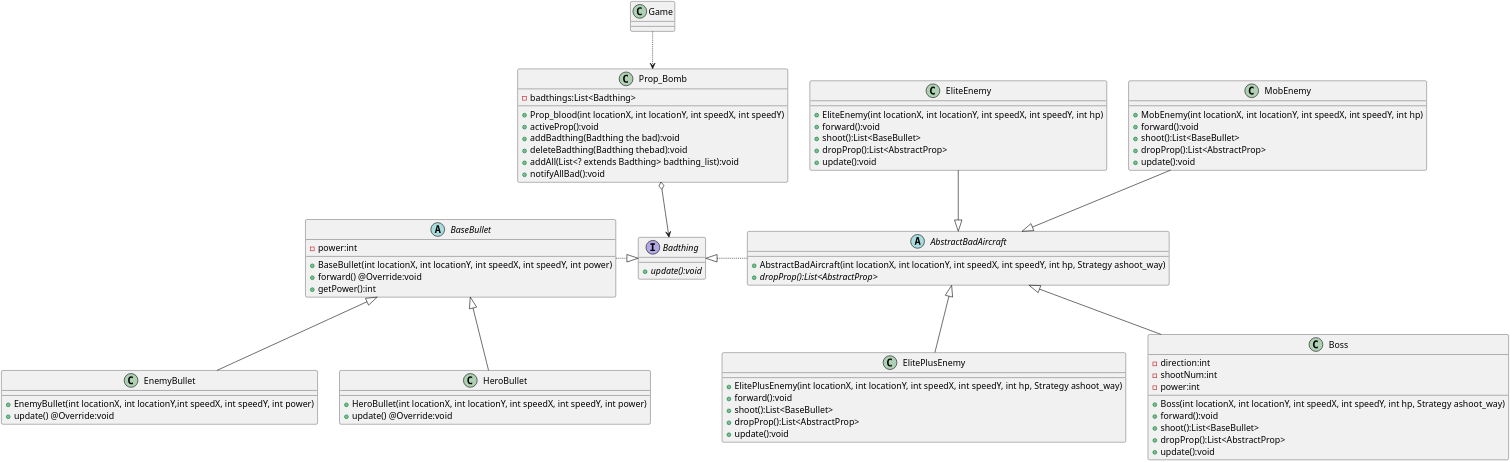
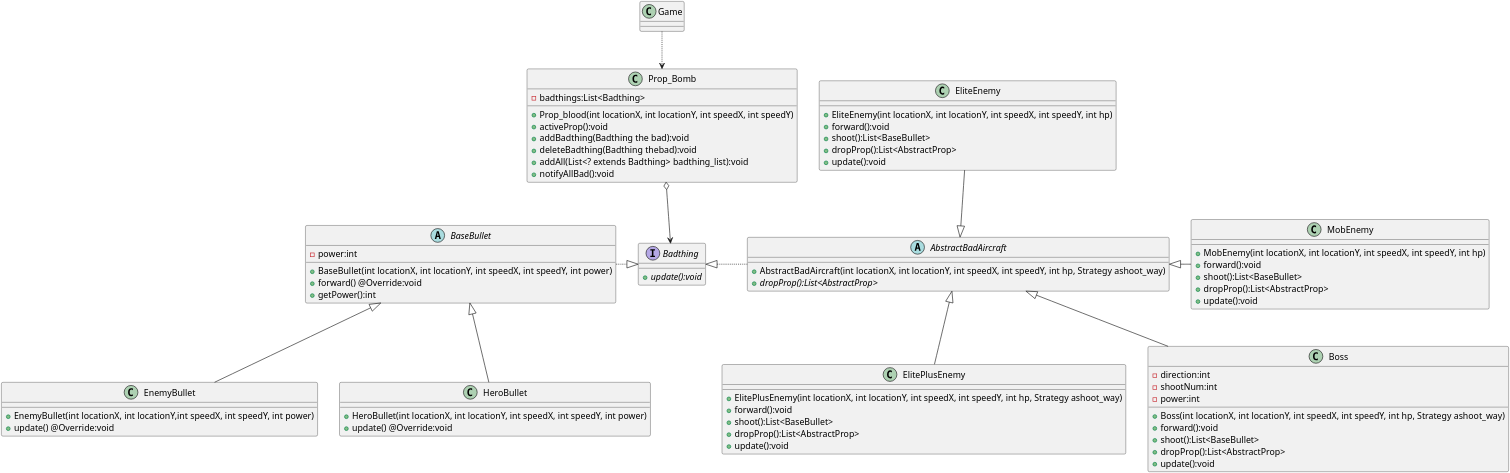
Before and after one commit to HanFayeDD/AirWar: the diagram in uml/exp6观察者模式/Observers.pu, drawn with PlantUML. The commit also changed 7 other files, not shown here.

```diff
--- a/uml/exp6观察者模式/Observers.pu
+++ b/uml/exp6观察者模式/Observers.pu
@@ -1,97 +1,97 @@
 @startuml 观察者模式
 skinparam dpi 400
 interface Badthing{
     + {abstract} update():void 
 }
 
 abstract BaseBullet{
     - power:int
     + BaseBullet(int locationX, int locationY, int speedX, int speedY, int power)
     + forward() @Override:void
 	+ getPower():int
 }
 
 
 class EnemyBullet {
     + EnemyBullet(int locationX, int locationY,int speedX, int speedY, int power)
     + update() @Override:void
 }
 
 class HeroBullet{
     + HeroBullet(int locationX, int locationY, int speedX, int speedY, int power)
     + update() @Override:void
 }
 
 abstract AbstractBadAircraft{
     + AbstractBadAircraft(int locationX, int locationY, int speedX, int speedY, int hp, Strategy ashoot_way)
     + {abstract} dropProp():List<AbstractProp>
 }
 
 class MobEnemy {
     + MobEnemy(int locationX, int locationY, int speedX, int speedY, int hp)
     + forward():void
     + shoot():List<BaseBullet>
     + dropProp():List<AbstractProp>
     + update():void
 }
 
 class EliteEnemy{
     + EliteEnemy(int locationX, int locationY, int speedX, int speedY, int hp)
     + forward():void
     + shoot():List<BaseBullet>
     + dropProp():List<AbstractProp>
     + update():void
 }
 
 class ElitePlusEnemy{
     + ElitePlusEnemy(int locationX, int locationY, int speedX, int speedY, int hp, Strategy ashoot_way)
     + forward():void
     + shoot():List<BaseBullet>
     + dropProp():List<AbstractProp>
     + update():void
 }
 
 class Boss{
     - direction:int
     - shootNum:int
     - power:int
     + Boss(int locationX, int locationY, int speedX, int speedY, int hp, Strategy ashoot_way)
     + forward():void
     + shoot():List<BaseBullet>
     + dropProp():List<AbstractProp>
     + update():void
 }
 
 class Prop_Bomb{
     - badthings:List<Badthing>
     + Prop_blood(int locationX, int locationY, int speedX, int speedY)
     + activeProp():void
     + addBadthing(Badthing the bad):void
     + deleteBadthing(Badthing thebad):void
     + addAll(List<? extends Badthing> badthing_list):void
     + notifyAllBad():void
 }
 
 class Game{
 }
 
 Badthing <|.left. BaseBullet
 BaseBullet <|-- EnemyBullet
 BaseBullet <|-- HeroBullet
 
 Badthing <|.right.  AbstractBadAircraft
-AbstractBadAircraft <|-up- MobEnemy
+AbstractBadAircraft <|-right- MobEnemy
 AbstractBadAircraft <|-up- EliteEnemy
 AbstractBadAircraft <|-- ElitePlusEnemy
 AbstractBadAircraft <|-- Boss
 
 Prop_Bomb o--> Badthing
 
 Game ..> Prop_Bomb
 
 
 
 
 
 
 @enduml
```
